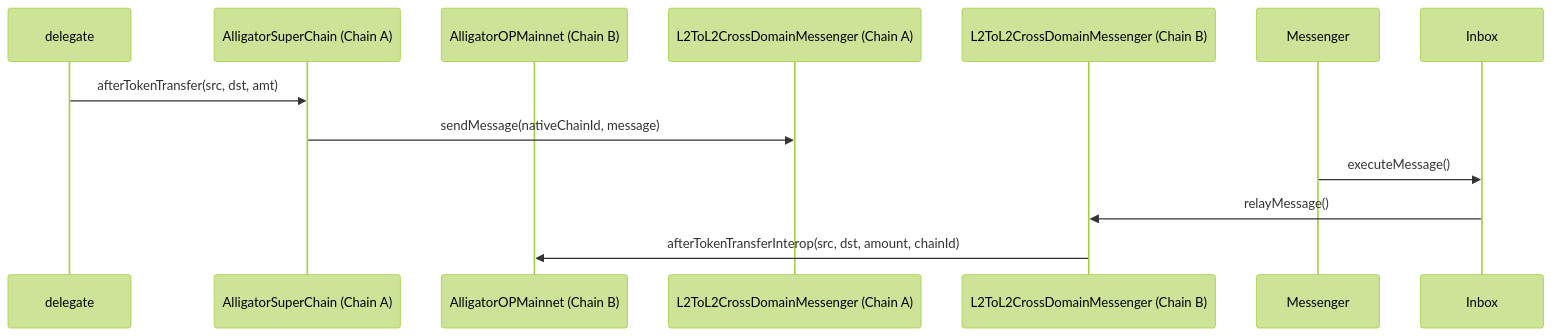
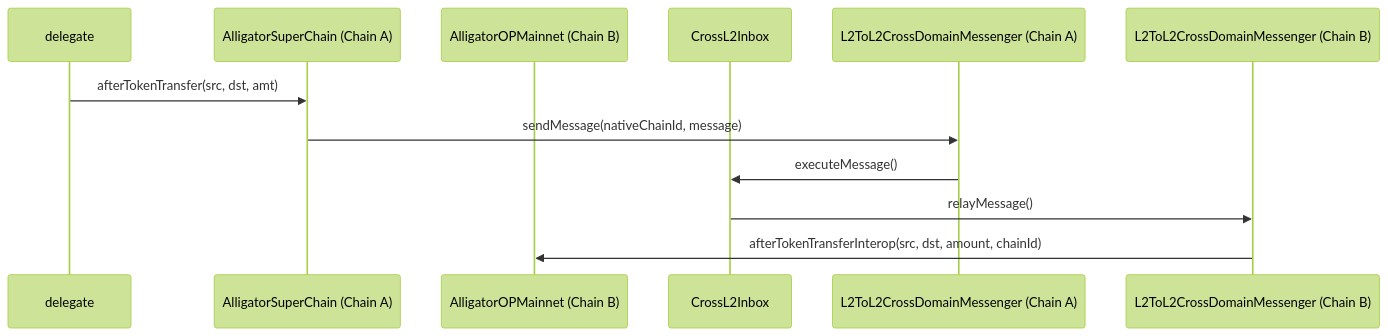
The diagram in specs/governance/alligator-interop.md (ethereum-optimism/specs), drawn with Mermaid (forest theme) before and after one commit. The commit also changed other lines of this file, not shown here.

Commit message:
Update sequence diagram

````diff
--- a/specs/governance/alligator-interop.md
+++ b/specs/governance/alligator-interop.md
@@ -50,14 +50,15 @@
 ```mermaid
 sequenceDiagram
   participant delegate
   participant AlligatorSuperChain as AlligatorSuperChain (Chain A)
   participant AlligatorOPMainnet as AlligatorOPMainnet (Chain B)
+  participant Inbox as CrossL2Inbox
   participant Messenger_A as L2ToL2CrossDomainMessenger (Chain A)
   participant Messenger_B as L2ToL2CrossDomainMessenger (Chain B)
 
   delegate->>AlligatorSuperChain: afterTokenTransfer(src, dst, amt)
   AlligatorSuperChain->>Messenger_A: sendMessage(nativeChainId, message)
-  Messenger->>Inbox: executeMessage()
+  Messenger_A->>Inbox: executeMessage()
   Inbox->>Messenger_B: relayMessage()
   Messenger_B->>AlligatorOPMainnet: afterTokenTransferInterop(src, dst, amount, chainId)
 ```
````
